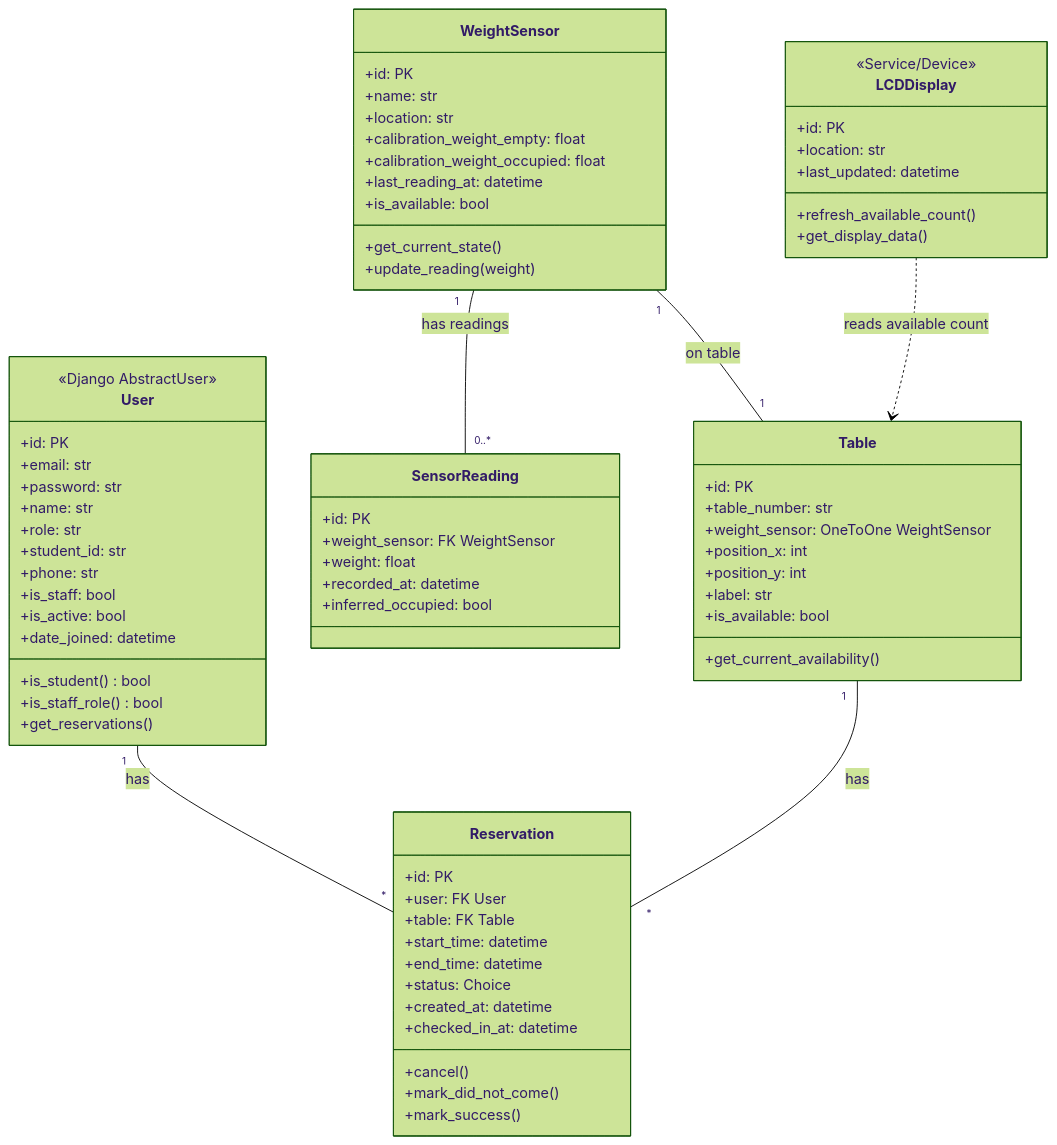
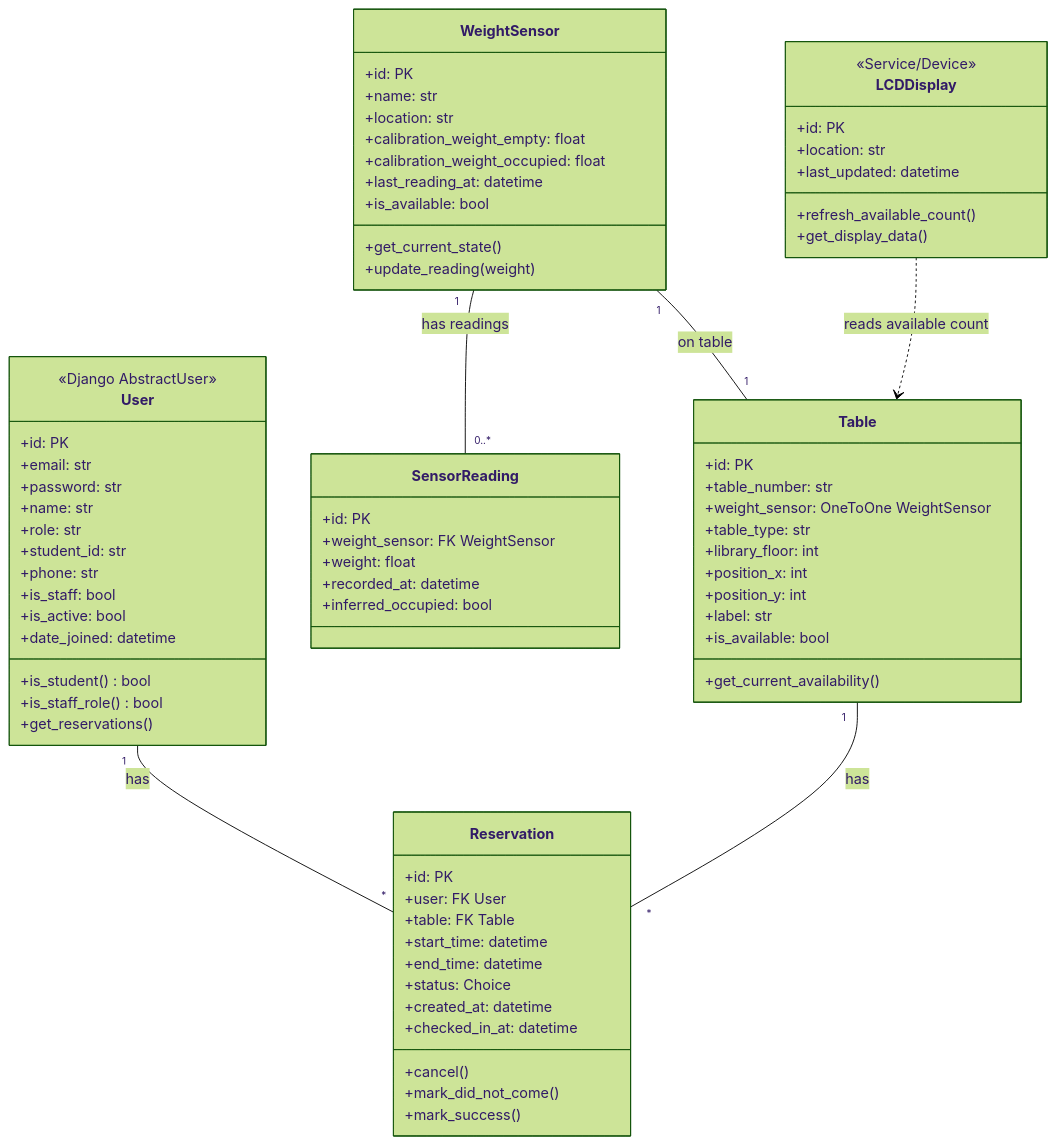
One commit to LinThitHtwe/Capstone_backend changed the diagram in docs/CLASS_DIAGRAM.md. Above: the diagram before and after it, drawn with Mermaid (forest theme). The commit also changed 1 other file, not shown here.

```diff
--- a/docs/CLASS_DIAGRAM.md
+++ b/docs/CLASS_DIAGRAM.md
@@ -53,6 +53,8 @@
         +id: PK
         +table_number: str
         +weight_sensor: OneToOne WeightSensor
+        +table_type: str
+        +library_floor: int
         +position_x: int
         +position_y: int
         +label: str
```
